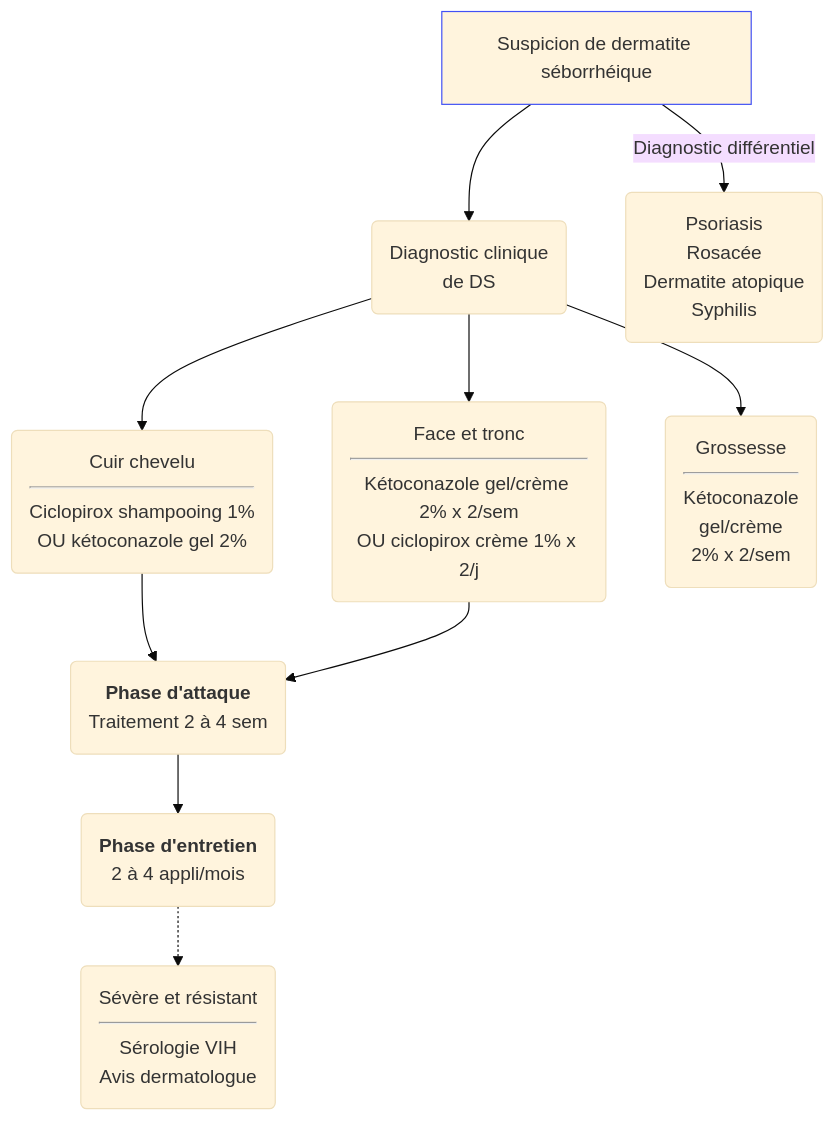
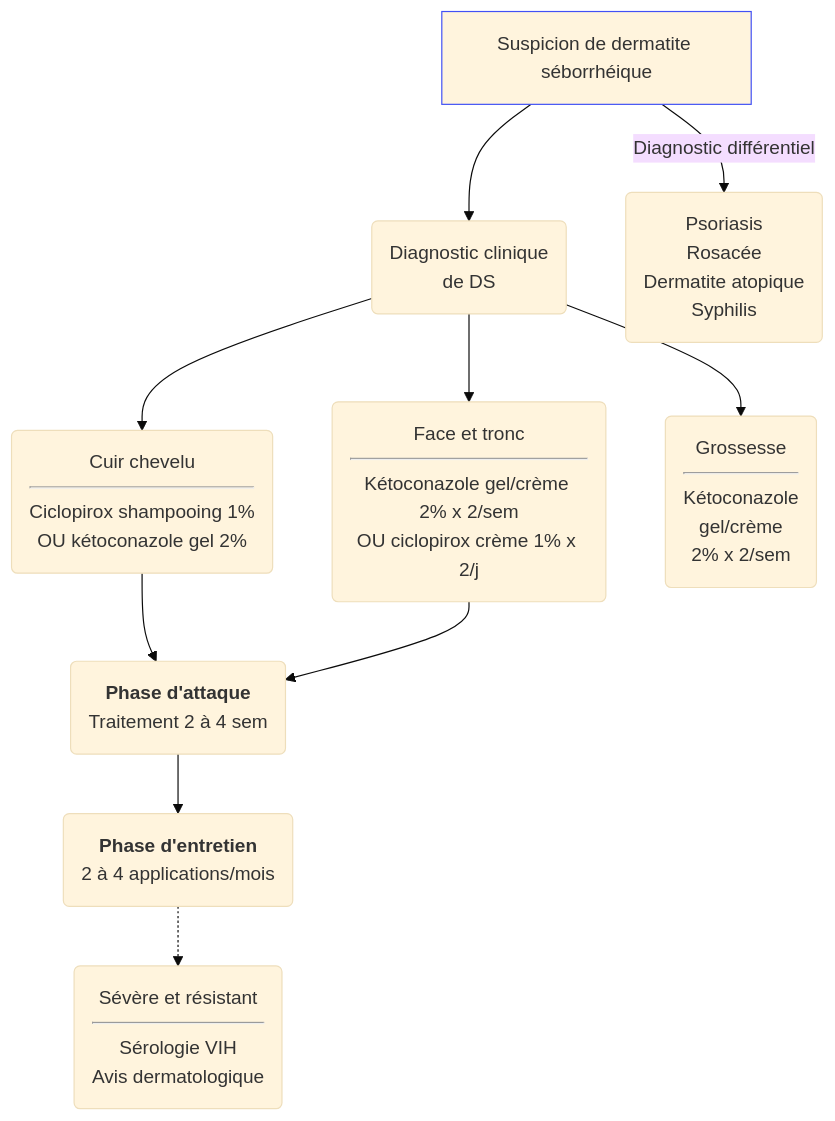
Before and after one commit to djibe/recommandations-medicales: the diagram in content/recommandations/dermatite-seborrheique.md, drawn with Mermaid (base theme). The commit also changed other lines of this file and 1 other file, not shown here.

```diff
--- a/content/recommandations/dermatite-seborrheique.md
+++ b/content/recommandations/dermatite-seborrheique.md
@@ -151,13 +153,13 @@
 {{< mermaid title="Conduite à tenir devant une dermatite séborrhéique. Dr JB FRON d'après CEDEF 2017" >}}
 graph TB
   suspicion[Suspicion de dermatite séborrhéique] --> diagnostic(Diagnostic clinique<br>de DS)
   style suspicion stroke:#4150f5, stroke-width:1px
   suspicion -- Diagnostic différentiel --> differentiel(Psoriasis<br>Rosacée<br>Dermatite atopique<br>Syphilis)
   diagnostic --> scalp(Cuir chevelu<hr>Ciclopirox shampooing 1%<br>OU kétoconazole gel 2%)
   diagnostic --> face(Face et tronc<hr>Kétoconazole gel/crème 2% x 2/sem<br>OU ciclopirox crème 1% x 2/j)
   diagnostic --> grossesse(Grossesse<hr>Kétoconazole<br>gel/crème<br>2% x 2/sem)
     scalp --> attaque(<b>Phase d'attaque</b><br>Traitement 2 à 4 sem)
     face --> attaque
-      attaque --> entretien(<b>Phase d'entretien</b><br>2 à 4 appli/mois)
-        entretien -.-> severe(Sévère et résistant<hr>Sérologie VIH<br>Avis dermatologue)
+      attaque --> entretien(<b>Phase d'entretien</b><br>2 à 4 applications/mois)
+        entretien -.-> severe(Sévère et résistant<hr>Sérologie VIH<br>Avis dermatologique)
 {{< /mermaid >}}
```
